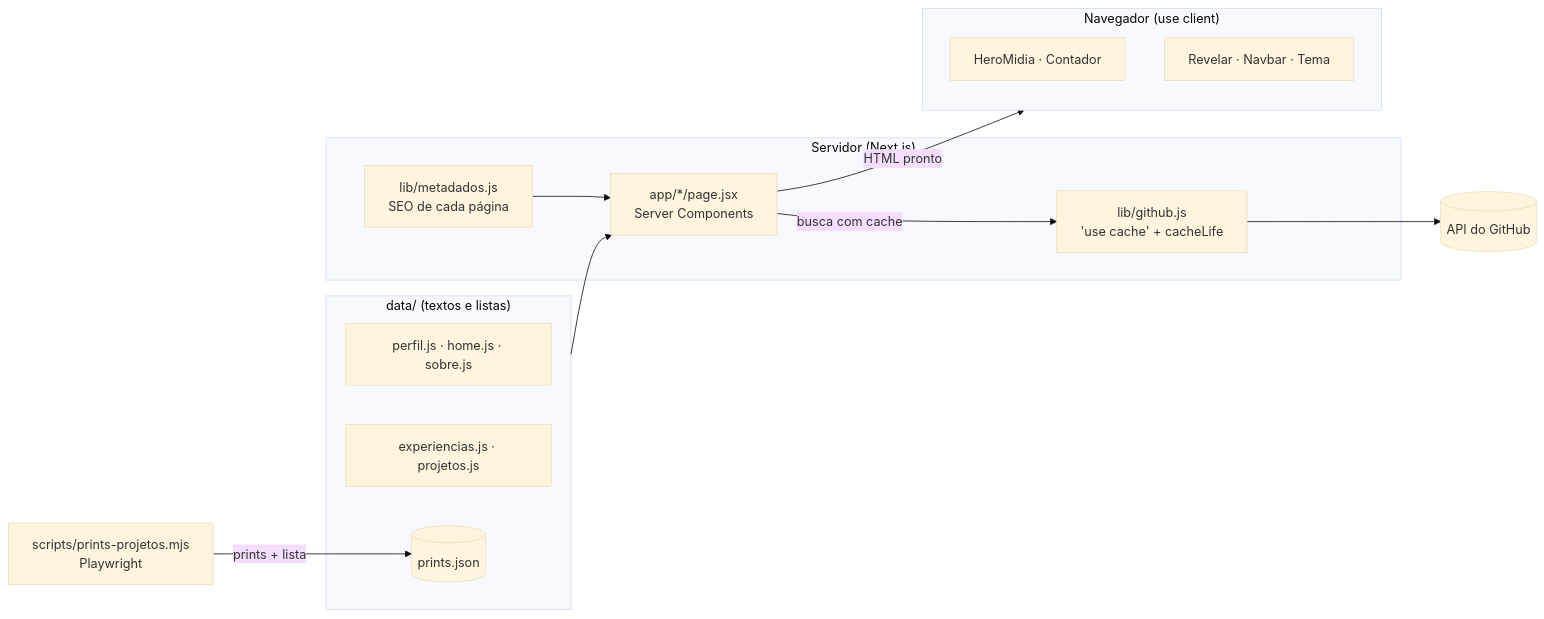
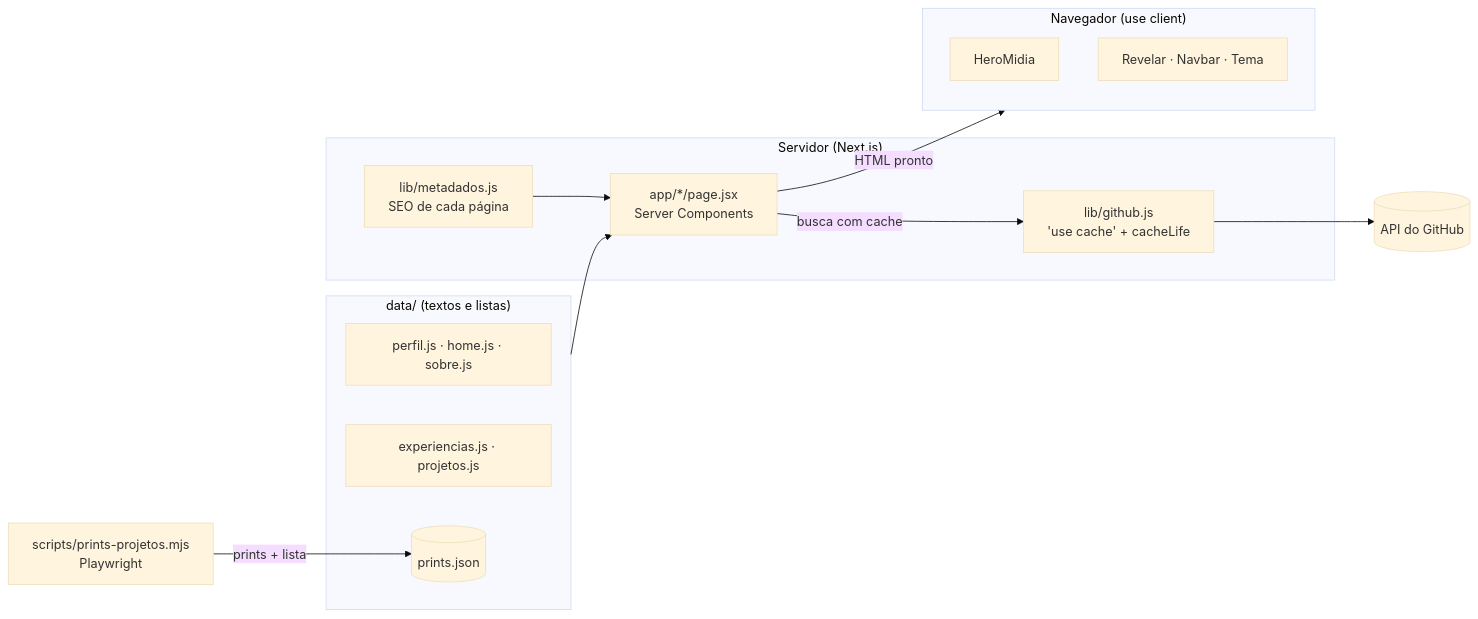
One commit to VANESSENCEWEB/portfolio-vanessa-lima changed the diagram in README.md. Above: the diagram before and after it, drawn with Mermaid (base theme). The commit also changed other lines of this file and 9 other files, not shown here.

````diff
--- a/README.md
+++ b/README.md
@@ -161,27 +161,27 @@
 ```mermaid
 flowchart LR
   subgraph Conteudo["data/ (textos e listas)"]
     D1[perfil.js · home.js · sobre.js]
     D2[experiencias.js · projetos.js]
     D3[(prints.json)]
   end
 
   subgraph Servidor["Servidor (Next.js)"]
     P[app/*/page.jsx<br/>Server Components]
     G["lib/github.js<br/>'use cache' + cacheLife"]
     M[lib/metadados.js<br/>SEO de cada página]
   end
 
   subgraph Navegador["Navegador (use client)"]
-    H[HeroMidia · Contador]
+    H[HeroMidia]
     R[Revelar · Navbar · Tema]
   end
 
   API[(API do GitHub)]
   S[scripts/prints-projetos.mjs<br/>Playwright] -->|prints + lista| D3
 
   Conteudo --> P
   M --> P
   P -->|busca com cache| G --> API
   P -->|HTML pronto| Navegador
 ```
````
